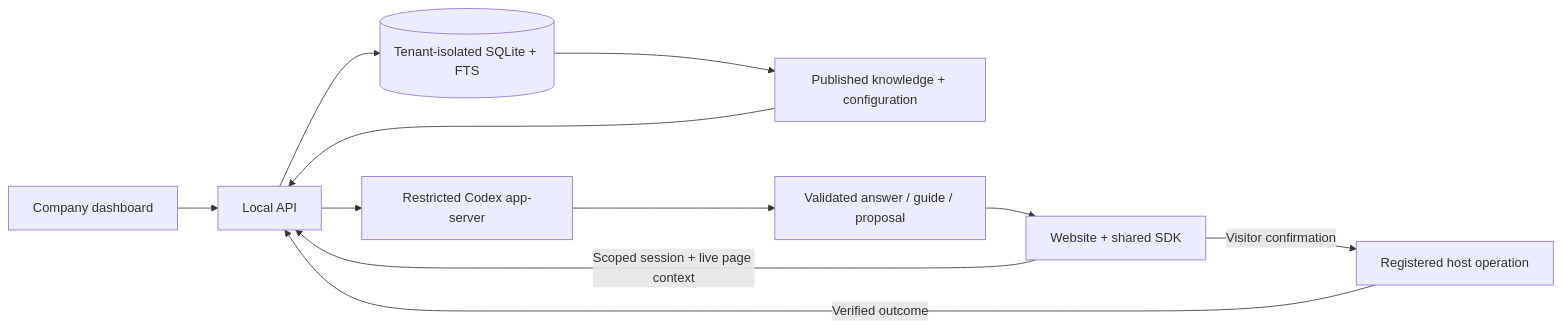
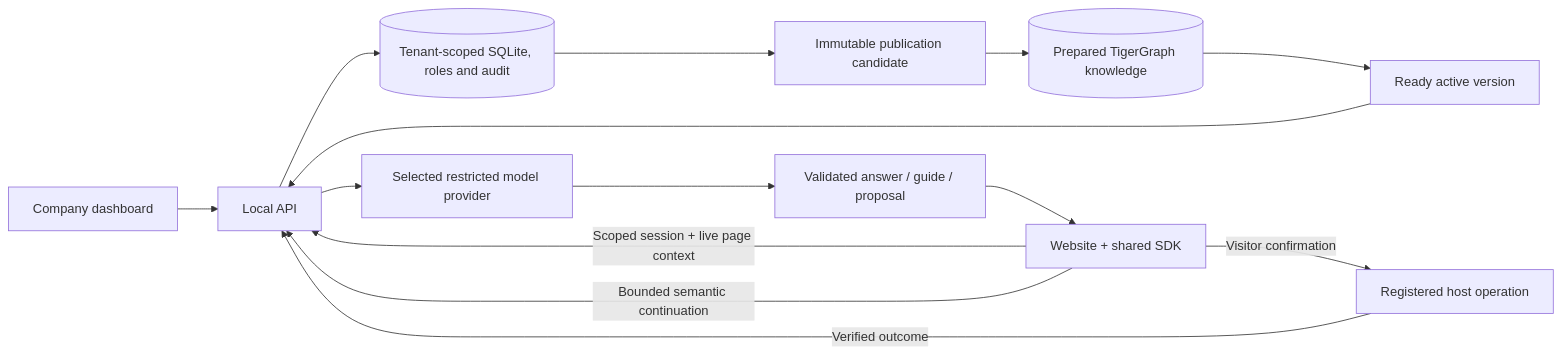
The diagram in README.md (Nithesh8678/guidekit), drawn with Mermaid before and after one commit. The commit also changed other lines of this file and 3 other files, not shown here.

````diff
--- a/README.md
+++ b/README.md
@@ -56,13 +58,16 @@
 ```mermaid
 flowchart LR
   Dashboard[Company dashboard] --> API[Local API]
-  API --> Store[(Tenant-isolated SQLite + FTS)]
-  Store --> Version[Published knowledge + configuration]
+  API --> Store[(Tenant-scoped SQLite, roles and audit)]
+  Store --> Candidate[Immutable publication candidate]
+  Candidate --> Graph[(Prepared TigerGraph knowledge)]
+  Graph --> Version[Ready active version]
   Website[Website + shared SDK] -->|Scoped session + live page context| API
   Version --> API
-  API --> Codex[Restricted Codex app-server]
-  Codex --> Plan[Validated answer / guide / proposal]
+  API --> Runtime[Selected restricted model provider]
+  Runtime --> Plan[Validated answer / guide / proposal]
   Plan --> Website
+  Website -->|Bounded semantic continuation| API
   Website -->|Visitor confirmation| Host[Registered host operation]
   Host -->|Verified outcome| API
 ```
````
